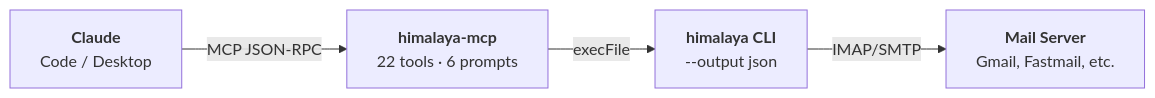
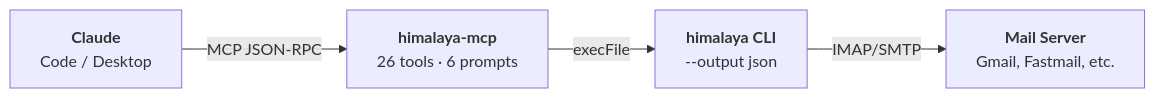
Before and after one commit to Data-Wise/himalaya-mcp: the diagram in docs/index.md, drawn with Mermaid. The commit also changed other lines of this file and 14 other files, not shown here.

````diff
--- a/docs/index.md
+++ b/docs/index.md
@@ -67,10 +67,10 @@
 ```mermaid
 flowchart LR
     A["`**Claude**
     Code / Desktop`"] -->|MCP JSON-RPC| B["`**himalaya-mcp**
-    22 tools · 6 prompts`"]
+    26 tools · 6 prompts`"]
     B -->|execFile| C["`**himalaya CLI**
     --output json`"]
     C -->|IMAP/SMTP| D["`**Mail Server**
     Gmail, Fastmail, etc.`"]
 ```
````
